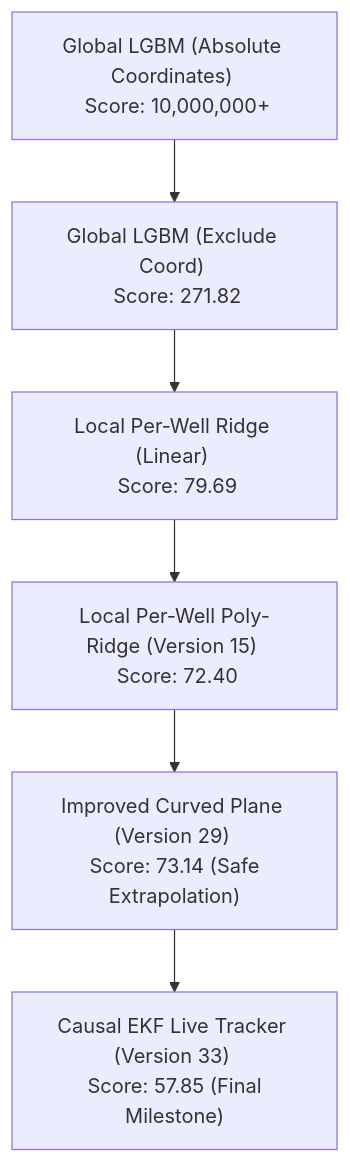
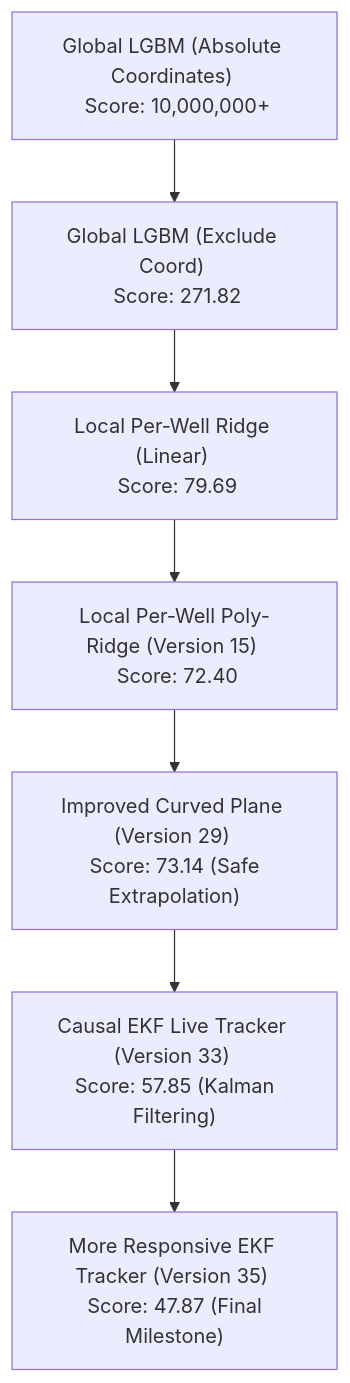
The diagram in Borewell Prediction/walkthrough.md (sivapnlr80-cpu/Borewell-TVT-Prediction), drawn with Mermaid before and after one commit. The commit also changed other lines of this file and 2 other files, not shown here.

Commit message:
Optimize EKF tracker responsiveness and achieve record 47.870 public score

````diff
--- a/Borewell Prediction/walkthrough.md
+++ b/Borewell Prediction/walkthrough.md
@@ -73,8 +74,9 @@
 ```mermaid
 graph TD
     A["Global LGBM (Absolute Coordinates) <br> Score: 10,000,000+"] --> B["Global LGBM (Exclude Coord) <br> Score: 271.82"]
     B --> C["Local Per-Well Ridge (Linear) <br> Score: 79.69"]
     C --> D["Local Per-Well Poly-Ridge (Version 15) <br> Score: 72.40"]
     D --> E["Improved Curved Plane (Version 29) <br> Score: 73.14 (Safe Extrapolation)"]
-    E --> F["Causal EKF Live Tracker (Version 33) <br> Score: 57.85 (Final Milestone)"]
+    E --> F["Causal EKF Live Tracker (Version 33) <br> Score: 57.85 (Kalman Filtering)"]
+    F --> G["More Responsive EKF Tracker (Version 35) <br> Score: 47.87 (Final Milestone)"]
 ```
````
